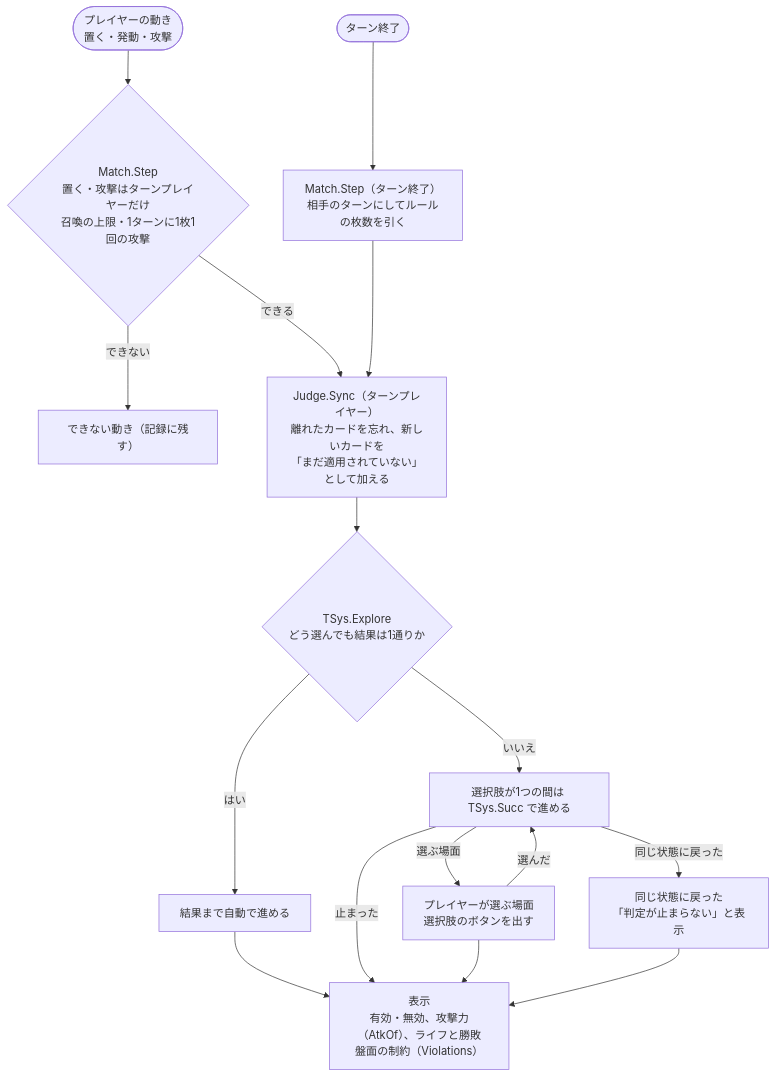
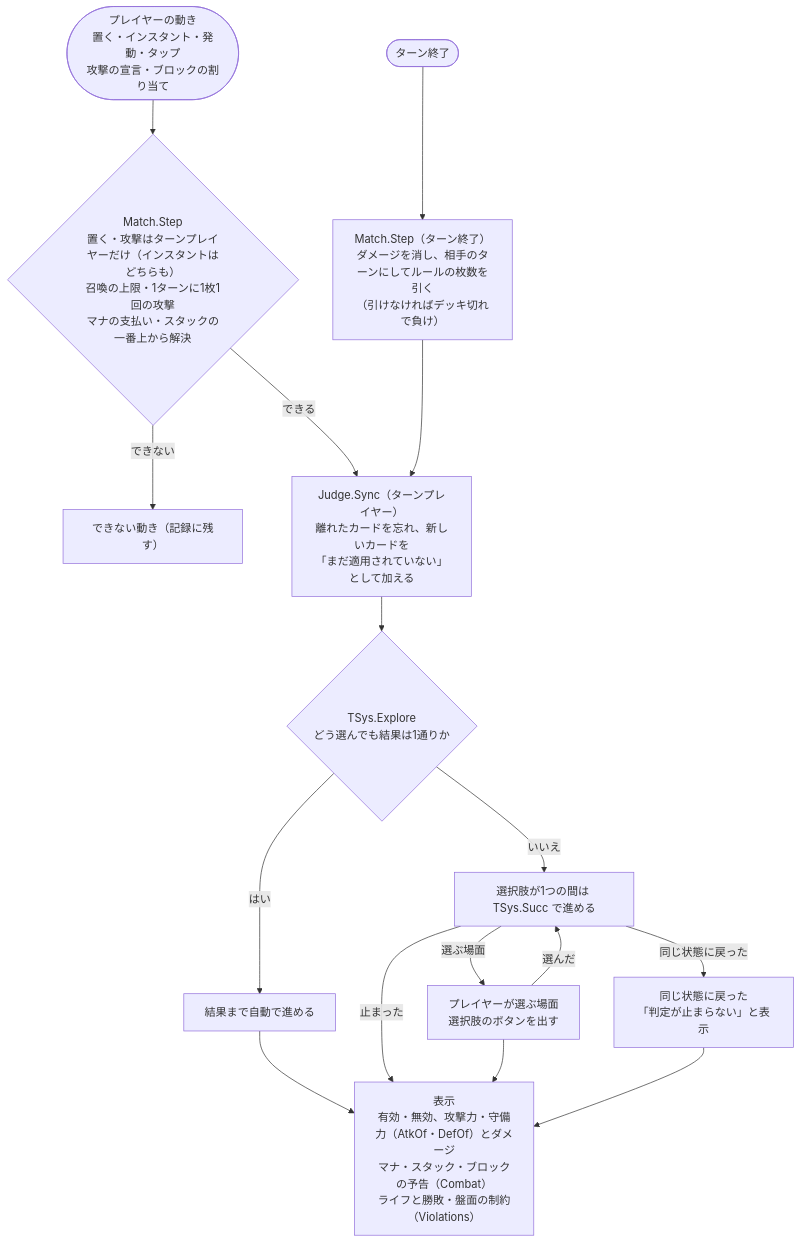
The fifth of 6 diagrams in アーキテクチャ.md (kotatu0047/yuugi-lean), drawn with Mermaid before and after one commit. The commit also changed other lines of this file and 2 other files, not shown here.

````diff
--- a/アーキテクチャ.md
+++ b/アーキテクチャ.md
@@ -163,26 +163,26 @@
 ```mermaid
 flowchart TB
-  act(["プレイヤーの動き<br/>置く・発動・攻撃"])
-  step{"Match.Step<br/>置く・攻撃はターンプレイヤーだけ<br/>召喚の上限・1ターンに1枚1回の攻撃"}
+  act(["プレイヤーの動き<br/>置く・インスタント・発動・タップ<br/>攻撃の宣言・ブロックの割り当て"])
+  step{"Match.Step<br/>置く・攻撃はターンプレイヤーだけ（インスタントはどちらも）<br/>召喚の上限・1ターンに1枚1回の攻撃<br/>マナの支払い・スタックの一番上から解決"}
   ng["できない動き（記録に残す）"]
   sync["Judge.Sync（ターンプレイヤー）<br/>離れたカードを忘れ、新しいカードを<br/>「まだ適用されていない」として加える"]
   explore{"TSys.Explore<br/>どう選んでも結果は1通りか"}
   auto["結果まで自動で進める"]
   walk["選択肢が1つの間は TSys.Succ で進める"]
   choose["プレイヤーが選ぶ場面<br/>選択肢のボタンを出す"]
   loop["同じ状態に戻った<br/>「判定が止まらない」と表示"]
-  render["表示<br/>有効・無効、攻撃力（AtkOf）、ライフと勝敗<br/>盤面の制約（Violations）"]
+  render["表示<br/>有効・無効、攻撃力・守備力（AtkOf・DefOf）とダメージ<br/>マナ・スタック・ブロックの予告（Combat）<br/>ライフと勝敗・盤面の制約（Violations）"]
   endturn(["ターン終了"])
-  draw["Match.Step（ターン終了）<br/>相手のターンにしてルールの枚数を引く"]
+  draw["Match.Step（ターン終了）<br/>ダメージを消し、相手のターンにしてルールの枚数を引く<br/>（引けなければデッキ切れで負け）"]
 
   act --> step
   step -->|できない| ng
   step -->|できる| sync --> explore
   explore -->|はい| auto --> render
   explore -->|いいえ| walk
   walk -->|止まった| render
   walk -->|選ぶ場面| choose --> render
   walk -->|同じ状態に戻った| loop --> render
   choose -->|選んだ| walk
   endturn --> draw --> sync
 ```
````
